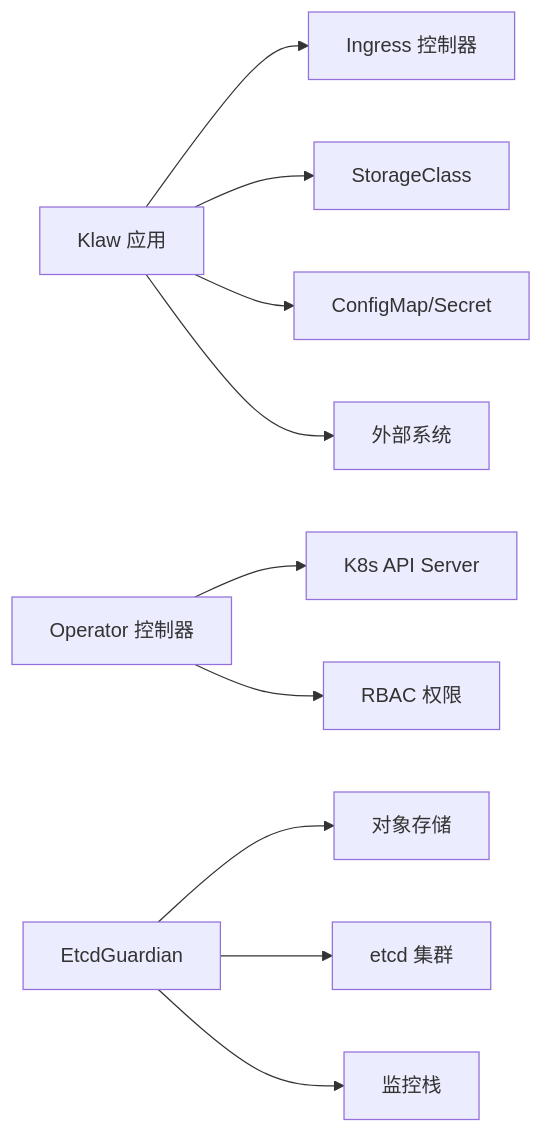
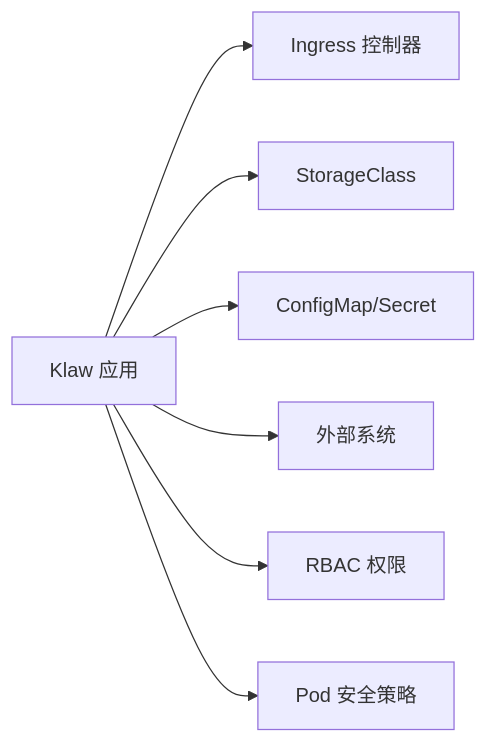
The fifth of 5 diagrams in .qoder/repowiki/zh/content/安装部署/Kubernetes集群部署/Kubernetes集群部署.md (kudig-io/klaw), drawn with Mermaid before and after one commit. The commit also changed other lines of this file and 336 other files, not shown here.

````diff
--- a/.qoder/repowiki/zh/content/安装部署/Kubernetes集群部署/Kubernetes集群部署.md
+++ b/.qoder/repowiki/zh/content/安装部署/Kubernetes集群部署/Kubernetes集群部署.md
@@ -547,12 +428,9 @@
 ```mermaid
 graph LR
 Klaw["Klaw 应用"] --> Ingress["Ingress 控制器"]
 Klaw --> Storage["StorageClass"]
 Klaw --> Config["ConfigMap/Secret"]
 Klaw --> Ext["外部系统"]
-Operator["Operator 控制器"] --> API["K8s API Server"]
-Operator --> RBAC["RBAC 权限"]
-EtcdGuardian["EtcdGuardian"] --> ObjectStore["对象存储"]
-EtcdGuardian --> Etcd["etcd 集群"]
-EtcdGuardian --> Monitoring["监控栈"]
+Klaw --> RBAC["RBAC 权限"]
+Klaw --> Security["Pod 安全策略"]
 ```
````
